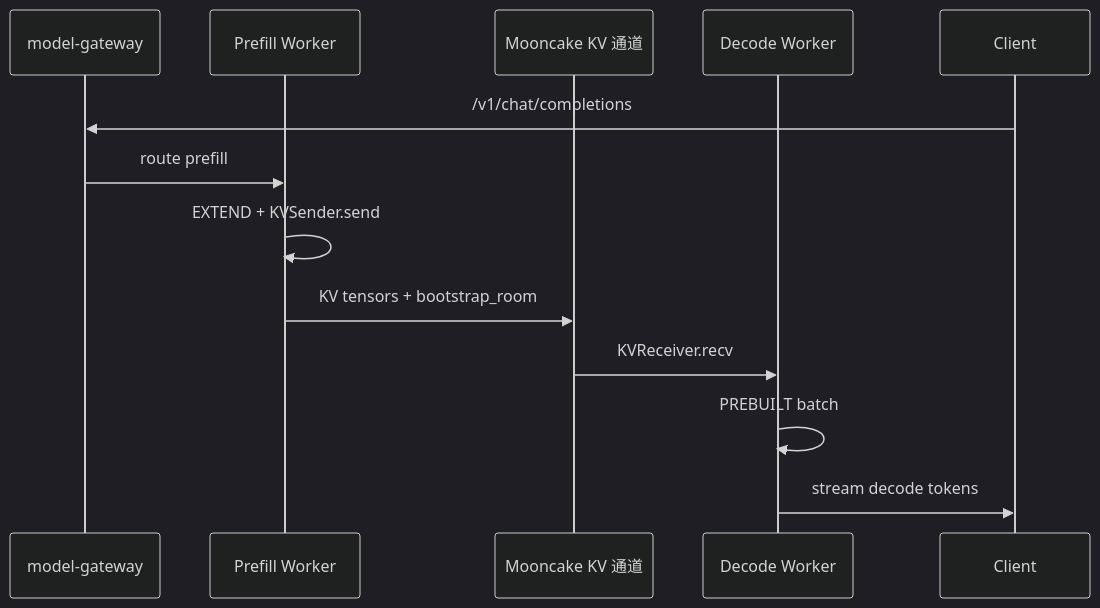
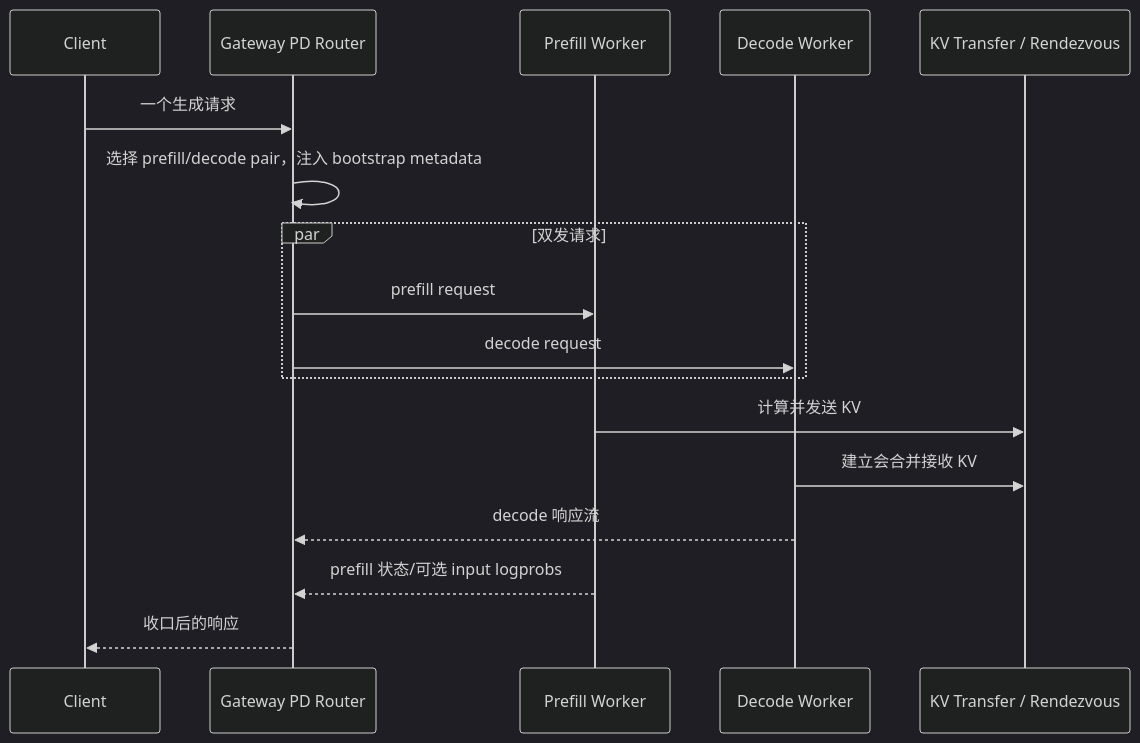
Before and after one commit to OnlyHero5/sglang-reading-vault: the third of 4 diagrams in sglang_reading/导读与总览/SGLang-用户场景.md, drawn with Mermaid (dark theme). The commit also changed other lines of this file and 512 other files, not shown here.

````diff
--- a/sglang_reading/导读与总览/SGLang-用户场景.md
+++ b/sglang_reading/导读与总览/SGLang-用户场景.md
@@ -278,16 +254,19 @@
 ```mermaid
 sequenceDiagram
- participant GW as model-gateway
- participant PF as Prefill Worker
- participant KV as Mooncake KV 通道
- participant DC as Decode Worker
- participant Client
-
- Client->>GW: /v1/chat/completions
- GW->>PF: route prefill
- PF->>PF: EXTEND + KVSender.send
- PF->>KV: KV tensors + bootstrap_room
- KV->>DC: KVReceiver.recv
- DC->>DC: PREBUILT batch
- DC->>Client: stream decode tokens
+    participant C as Client
+    participant G as Gateway PD Router
+    participant P as Prefill Worker
+    participant D as Decode Worker
+    participant K as KV Transfer / Rendezvous
+    C->>G: 一个生成请求
+    G->>G: 选择 prefill/decode pair，注入 bootstrap metadata
+    par 双发请求
+        G->>P: prefill request
+        G->>D: decode request
+    end
+    P->>K: 计算并发送 KV
+    D->>K: 建立会合并接收 KV
+    D-->>G: decode 响应流
+    P-->>G: prefill 状态/可选 input logprobs
+    G-->>C: 收口后的响应
 ```
````
